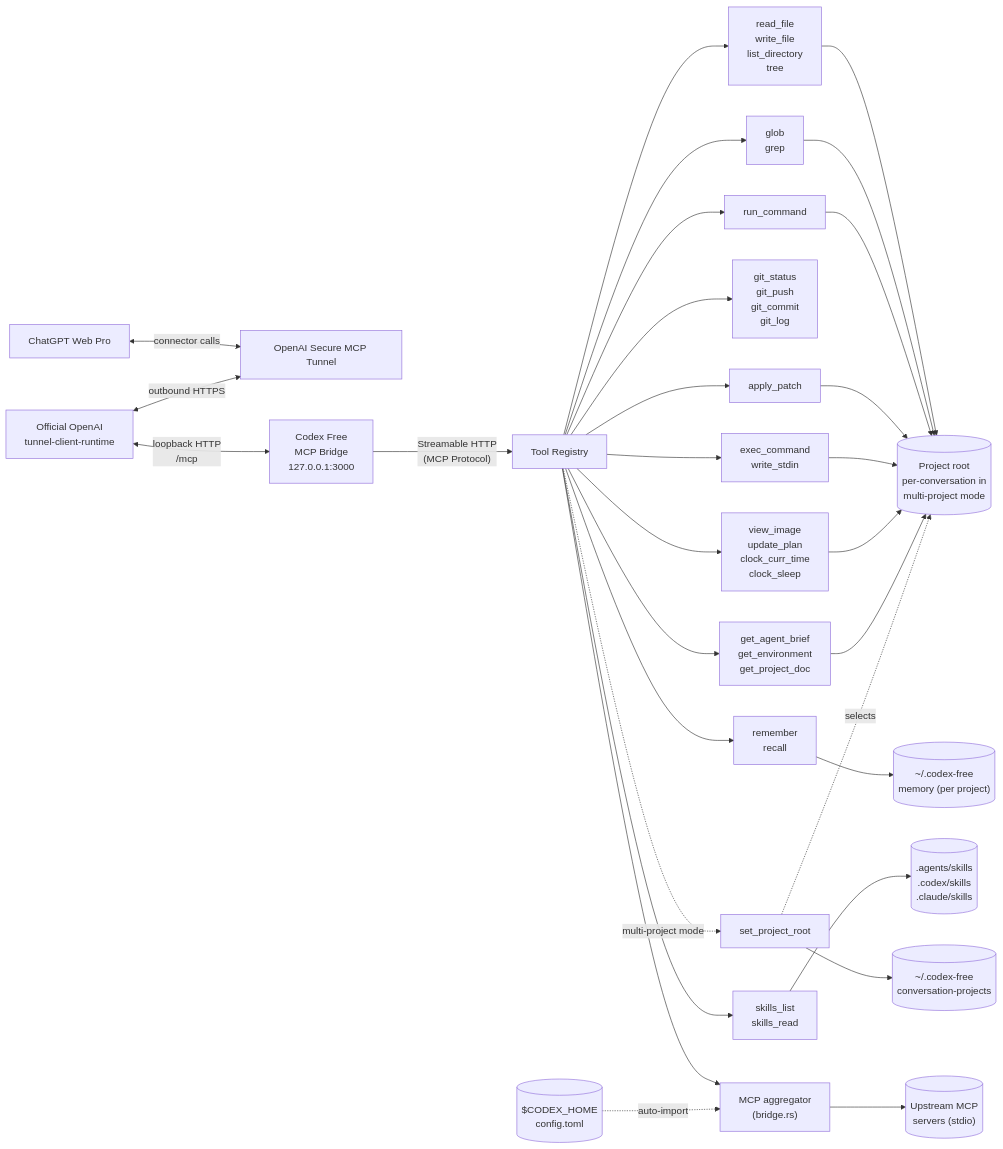
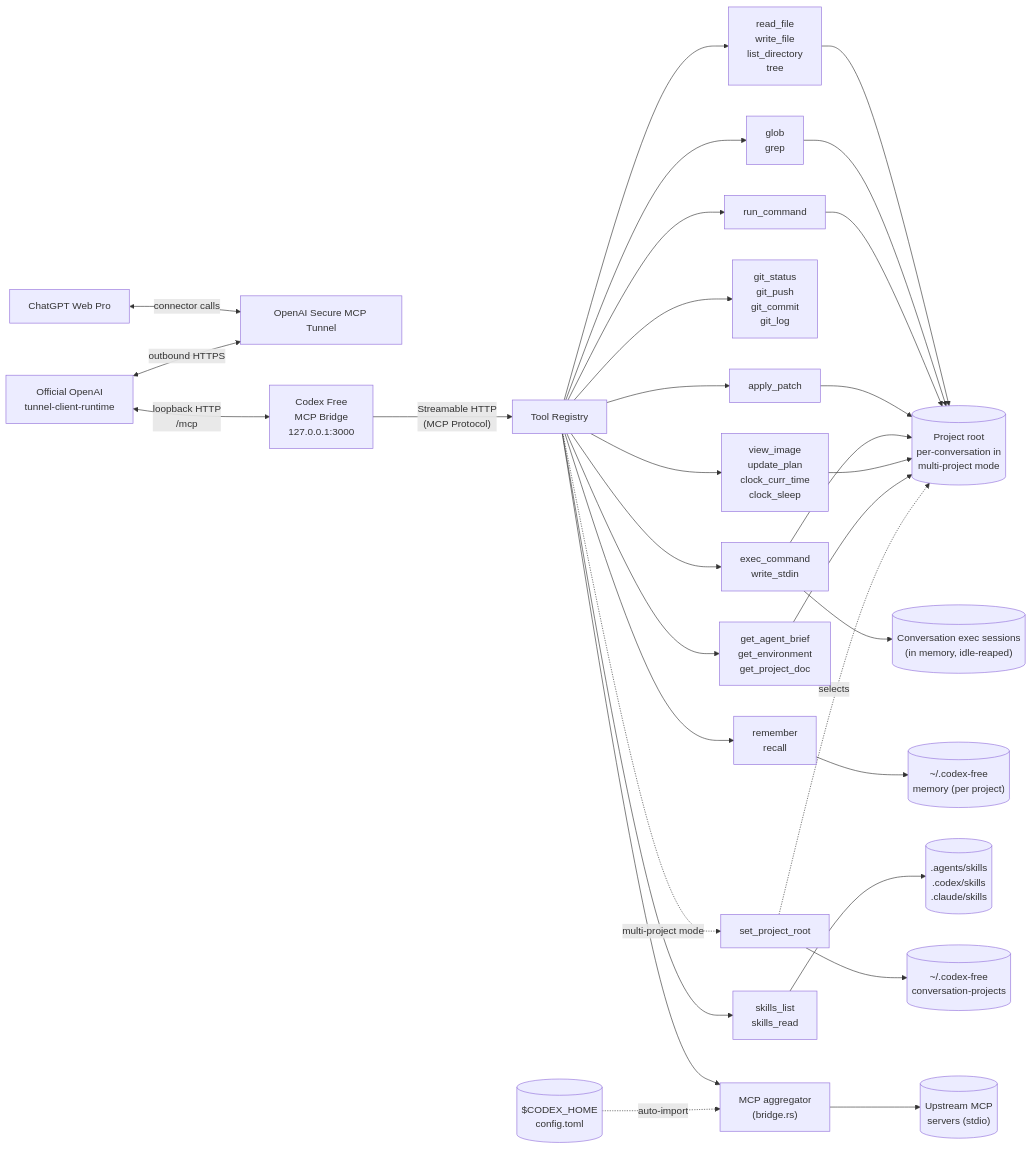
One commit to devnoname120/codex-free changed the diagram in README.md. Above: the diagram before and after it, drawn with Mermaid. The commit also changed other lines of this file and 8 other files, not shown here.

Commit message:
fix(exec): preserve ChatGPT resident sessions across reconnects

````diff
--- a/README.md
+++ b/README.md
@@ -15,59 +15,61 @@
 ```mermaid
 flowchart LR
     ChatGPT["ChatGPT Web Pro"]
     OpenAITunnel["OpenAI Secure MCP Tunnel"]
     TunnelClient["Official OpenAI\ntunnel-client-runtime"]
     Server["Codex Free\nMCP Bridge\n127.0.0.1:3000"]
     Tools["Tool Registry"]
 
     FS["read_file\nwrite_file\nlist_directory\ntree"]
     Search["glob\ngrep"]
     Shell["run_command"]
     Git["git_status\ngit_push\ngit_commit\ngit_log"]
     Edit["apply_patch"]
     Exec["exec_command\nwrite_stdin"]
     Agent["view_image\nupdate_plan\nclock_curr_time\nclock_sleep"]
     Env["get_agent_brief\nget_environment\nget_project_doc"]
     Mem["remember\nrecall"]
     Skills["skills_list\nskills_read"]
     SetRoot["set_project_root"]
     Bridge["MCP aggregator\n(bridge.rs)"]
     WorkDir[("Project root\nper-conversation in\nmulti-project mode")]
     State[("~/.codex-free\nmemory (per project)")]
     Bindings[("~/.codex-free\nconversation-projects")]
+    ExecSessions[("Conversation exec sessions\n(in memory, idle-reaped)")]
     SkillDirs[(".agents/skills\n.codex/skills\n.claude/skills")]
     CodexCfg[("$CODEX_HOME\nconfig.toml")]
     Upstream[("Upstream MCP\nservers (stdio)")]
 
     ChatGPT <-->|"connector calls"| OpenAITunnel
     TunnelClient <-->|"outbound HTTPS"| OpenAITunnel
     TunnelClient <-->|"loopback HTTP\n/mcp"| Server
     Server -- "Streamable HTTP\n(MCP Protocol)" --> Tools
 
     Tools --> FS
     Tools --> Search
     Tools --> Shell
     Tools --> Git
     Tools --> Edit
     Tools --> Exec
     Tools --> Agent
     Tools --> Env
     Tools --> Mem
     Tools --> Skills
     Tools -.->|"multi-project mode"| SetRoot
     Tools --> Bridge
 
     FS --> WorkDir
     Search --> WorkDir
     Shell --> WorkDir
     Edit --> WorkDir
     Exec --> WorkDir
     Agent --> WorkDir
     Env --> WorkDir
     Mem --> State
     Skills --> SkillDirs
     SetRoot --> Bindings
+    Exec --> ExecSessions
     SetRoot -.->|"selects"| WorkDir
     CodexCfg -.->|"auto-import"| Bridge
     Bridge --> Upstream
 ```
````
